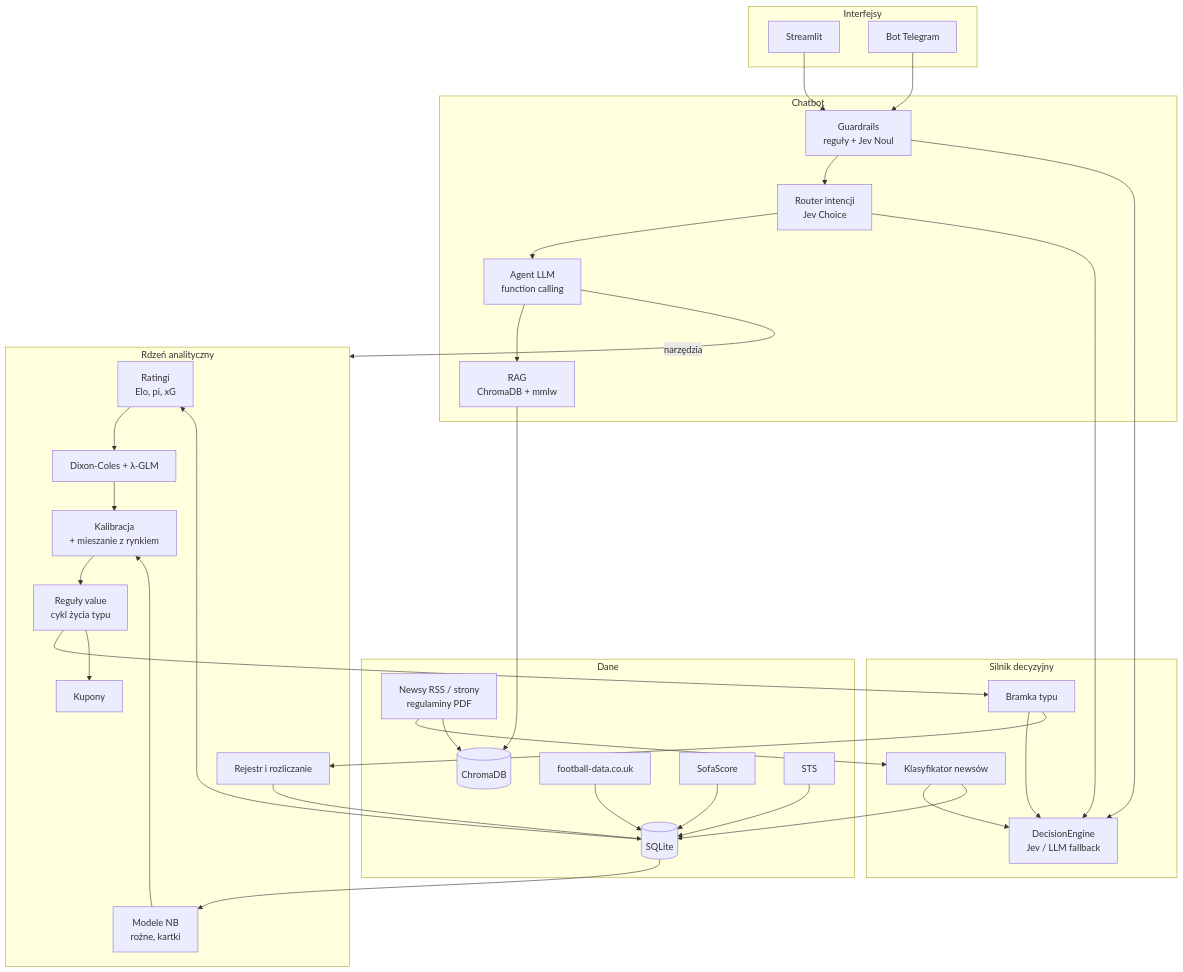
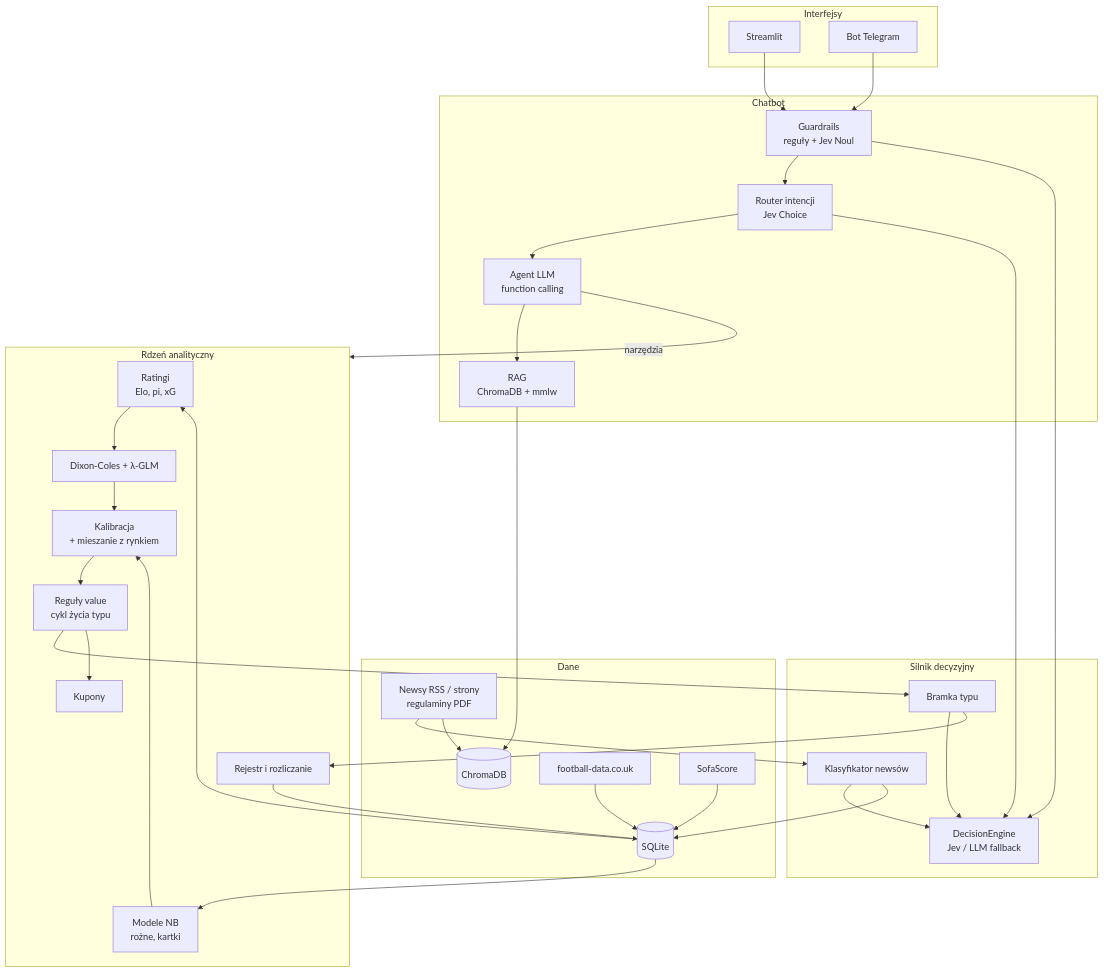
Before and after one commit to Tomek586/typer-ai: the first of 3 diagrams in docs/02-architektura.md, drawn with Mermaid. The commit also changed other lines of this file and 9 other files, not shown here.

````diff
--- a/docs/02-architektura.md
+++ b/docs/02-architektura.md
@@ -5,52 +5,51 @@
 ```mermaid
 flowchart TB
     subgraph UI[Interfejsy]
         ST[Streamlit]
         TG[Bot Telegram]
     end
 
     subgraph CHAT[Chatbot]
         ROUTER[Router intencji<br/>Jev Choice]
         AGENT[Agent LLM<br/>function calling]
         GUARD[Guardrails<br/>reguły + Jev Noul]
         RAG[RAG<br/>ChromaDB + mmlw]
     end
 
     subgraph DEC[Silnik decyzyjny]
         DE[DecisionEngine<br/>Jev / LLM fallback]
         GATE[Bramka typu]
         NEWSC[Klasyfikator newsów]
     end
 
     subgraph CORE[Rdzeń analityczny]
         RAT[Ratingi<br/>Elo, pi, xG]
         DC[Dixon-Coles + λ-GLM]
         STATM[Modele NB<br/>rożne, kartki]
         CAL[Kalibracja<br/>+ mieszanie z rynkiem]
         PICKS[Reguły value<br/>cykl życia typu]
         COUP[Kupony]
         TRACK[Rejestr i rozliczanie]
     end
 
     subgraph DATA[Dane]
         DB[(SQLite)]
         VDB[(ChromaDB)]
         FD[football-data.co.uk]
         SS[SofaScore]
-        STS[STS]
         NEWS[Newsy RSS / strony<br/>regulaminy PDF]
     end
 
     ST & TG --> GUARD --> ROUTER --> AGENT
     AGENT --> RAG --> VDB
     AGENT -->|narzędzia| CORE
     GUARD & ROUTER & GATE & NEWSC --> DE
-    FD & SS & STS --> DB
+    FD & SS --> DB
     NEWS --> NEWSC --> DB
     NEWS --> VDB
     DB --> RAT --> DC --> CAL
     DB --> STATM --> CAL
     CAL --> PICKS --> GATE --> TRACK
     PICKS --> COUP
     TRACK --> DB
 ```
````
